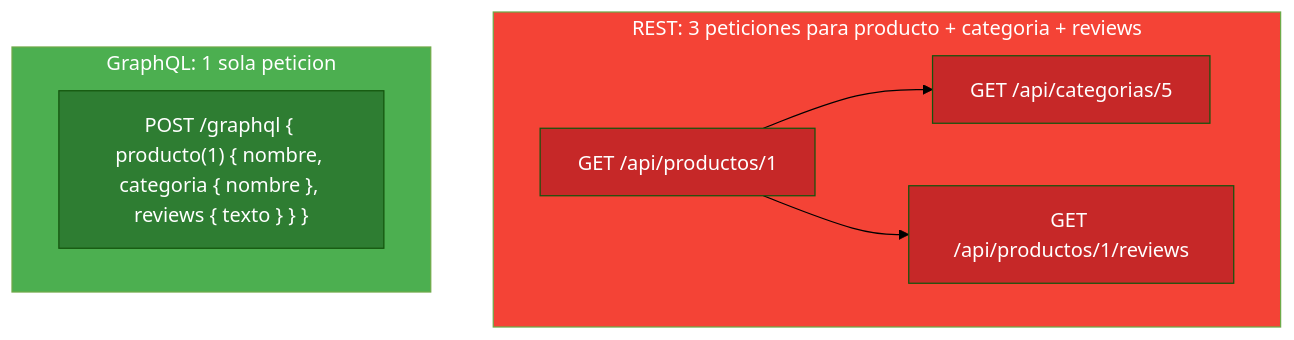
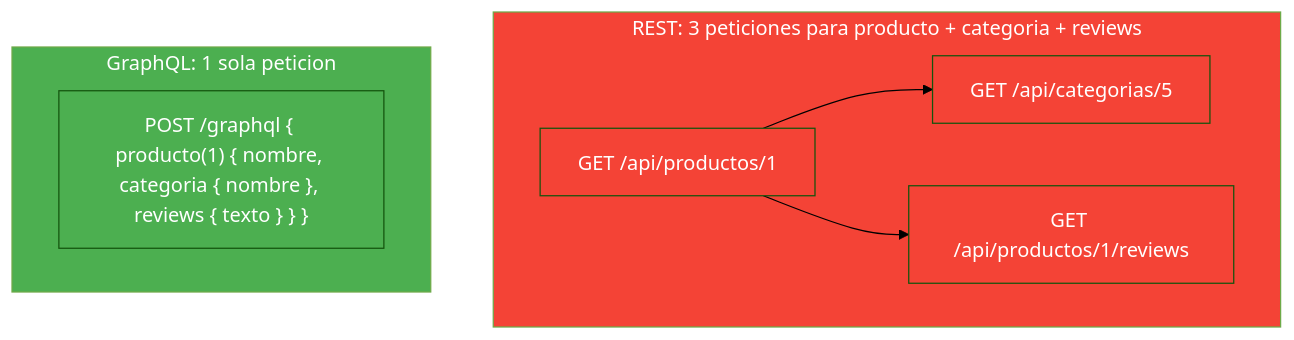
One commit to joseluisgs/DesarrolloWebEntornosServidor-02-2026-2027 changed the second of 10 diagrams in 19-graphql.md. Above: the diagram before and after it, drawn with Mermaid (forest theme). The commit also changed other lines of this file and 3 other files, not shown here.

Commit message:
[fix] Actualizar estilos y contenido en los documentos de autenticación, autorización, WebSockets y GraphQL

````diff
--- a/19-graphql.md
+++ b/19-graphql.md
@@ -108,18 +109,18 @@
 ```mermaid
 flowchart TD
     subgraph REST_FLOW["REST: 3 peticiones para producto + categoria + reviews"]
         A["GET /api/productos/1"] --> B["GET /api/categorias/5"]
         A --> C["GET /api/productos/1/reviews"]
     end
 
     subgraph GQL_FLOW["GraphQL: 1 sola peticion"]
         D["POST /graphql { producto(1) { nombre, categoria { nombre }, reviews { texto } } }"]
     end
 
     style REST_FLOW fill:#f44336,color:#fff
     style GQL_FLOW fill:#4CAF50,color:#fff
-    style A fill:#C62828,color:#fff
-    style B fill:#C62828,color:#fff
-    style C fill:#C62828,color:#fff
-    style D fill:#2E7D32,color:#fff
+    style A fill:#f44336,color:#fff
+    style B fill:#f44336,color:#fff
+    style C fill:#f44336,color:#fff
+    style D fill:#4CAF50,color:#fff
 ```
````
